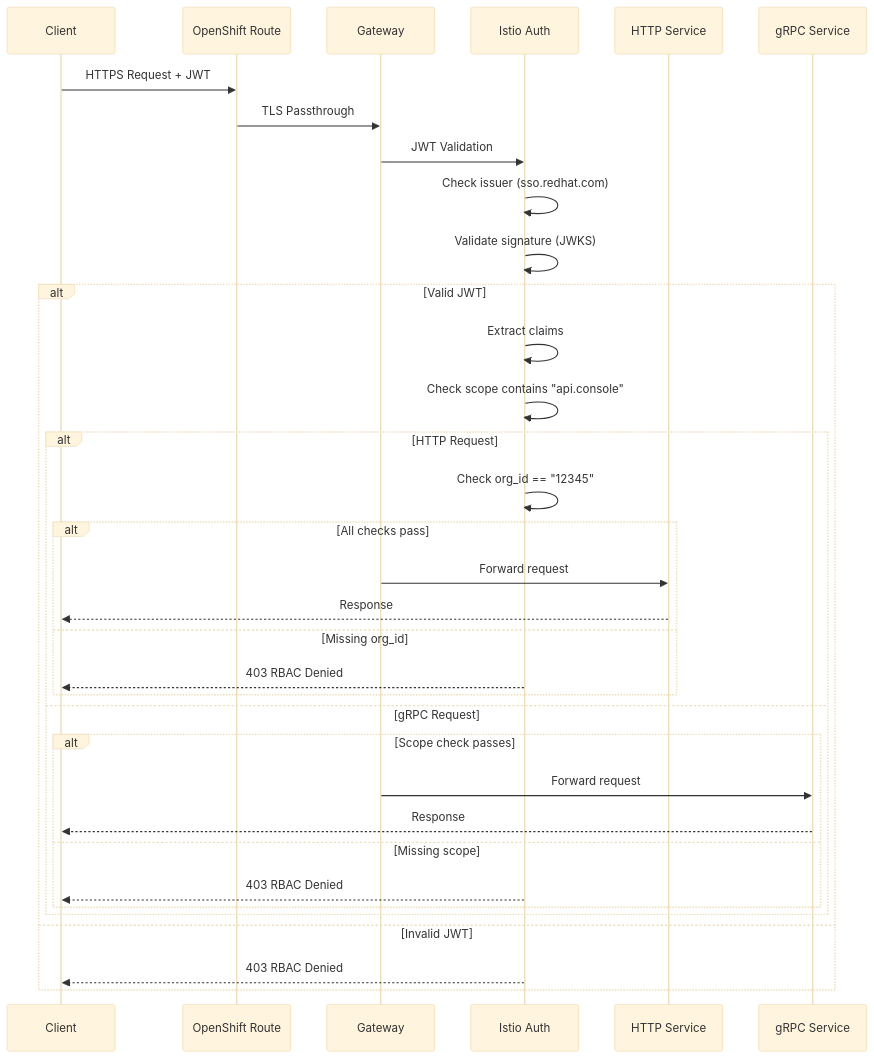
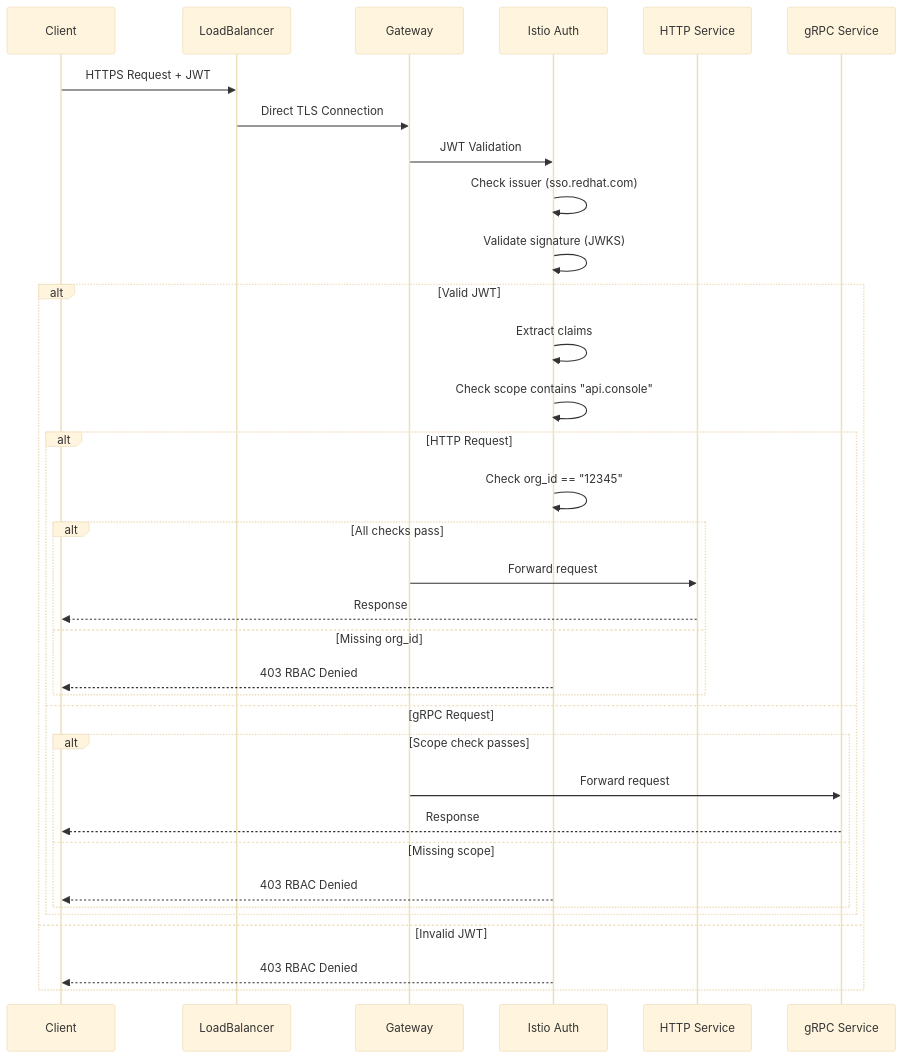
One commit to coderbydesign/openshift-gateway-api-tutorial changed the second of 3 diagrams in ARCHITECTURE.md. Above: the diagram before and after it, drawn with Mermaid (base theme). The commit also changed other lines of this file and 12 other files, not shown here.

````diff
--- a/ARCHITECTURE.md
+++ b/ARCHITECTURE.md
@@ -49,40 +49,40 @@
 ```mermaid
 sequenceDiagram
     participant Client
-    participant Route as OpenShift Route
+    participant LB as LoadBalancer
     participant GW as Gateway
     participant Auth as Istio Auth
     participant HTTP as HTTP Service
     participant gRPC as gRPC Service
 
-    Client->>Route: HTTPS Request + JWT
-    Route->>GW: TLS Passthrough
+    Client->>LB: HTTPS Request + JWT
+    LB->>GW: Direct TLS Connection
 
     GW->>Auth: JWT Validation
     Auth->>Auth: Check issuer (sso.redhat.com)
     Auth->>Auth: Validate signature (JWKS)
 
     alt Valid JWT
         Auth->>Auth: Extract claims
         Auth->>Auth: Check scope contains "api.console"
 
         alt HTTP Request
             Auth->>Auth: Check org_id == "12345"
             alt All checks pass
                 GW->>HTTP: Forward request
                 HTTP-->>Client: Response
             else Missing org_id
                 Auth-->>Client: 403 RBAC Denied
             end
         else gRPC Request
             alt Scope check passes
                 GW->>gRPC: Forward request
                 gRPC-->>Client: Response
             else Missing scope
                 Auth-->>Client: 403 RBAC Denied
             end
         end
     else Invalid JWT
         Auth-->>Client: 403 RBAC Denied
     end
 ```
````
